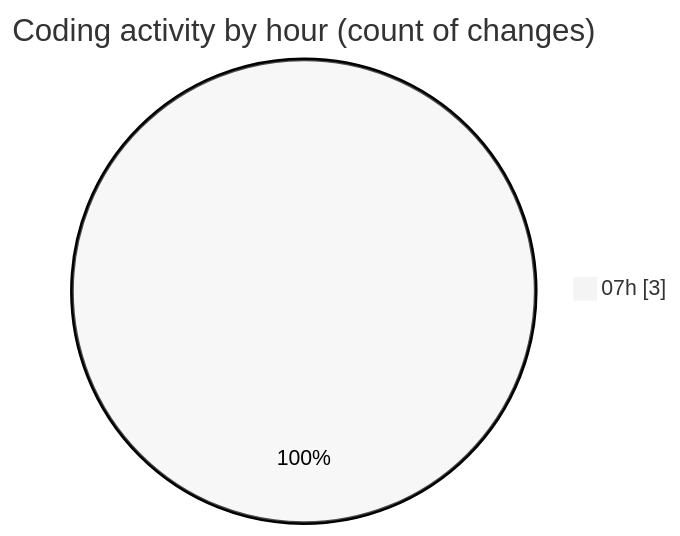
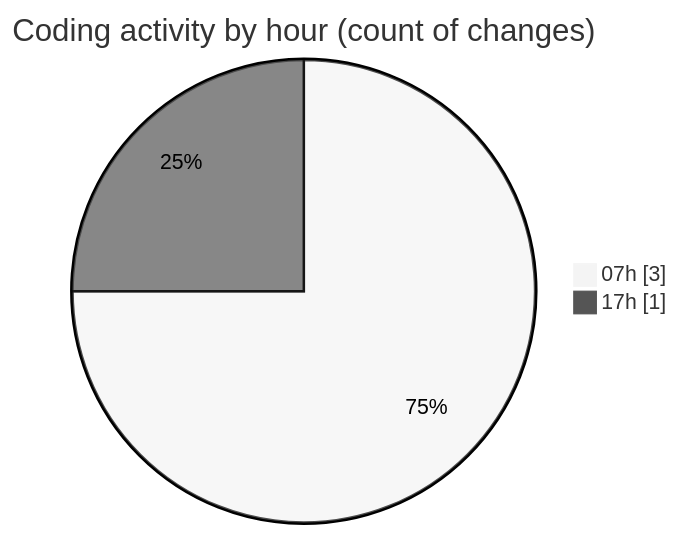
One commit to ecomensa/code-tracking changed the second of 2 diagrams in 2025-03-09/user/README.md. Above: the diagram before and after it, drawn with Mermaid (neutral theme). The commit also changed other lines of this file and 1 other file, not shown here.

````diff
--- a/2025-03-09/user/README.md
+++ b/2025-03-09/user/README.md
@@ -28,5 +28,6 @@
 ```mermaid
 pie showData
 title Coding activity by hour (count of changes)
 "07h" : 3
+"17h" : 1
 ```
````
